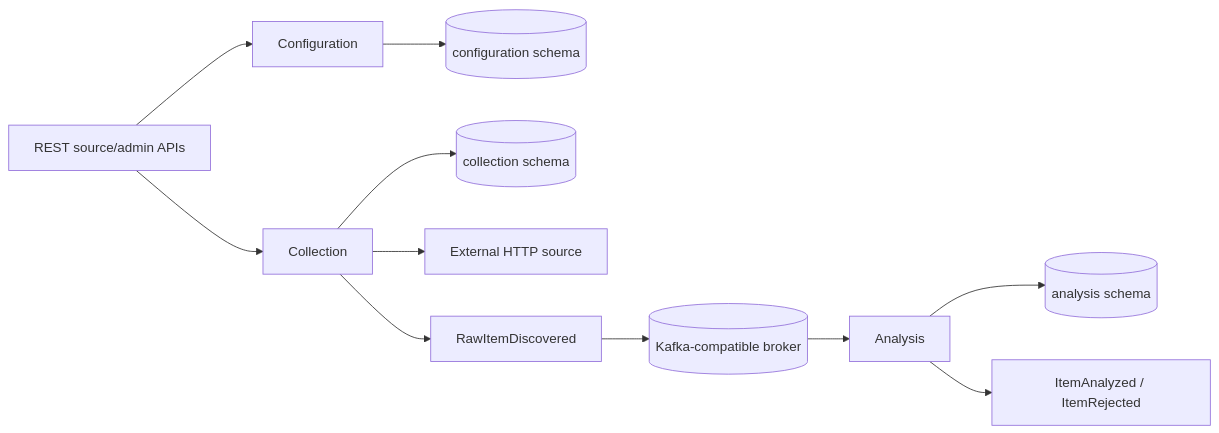
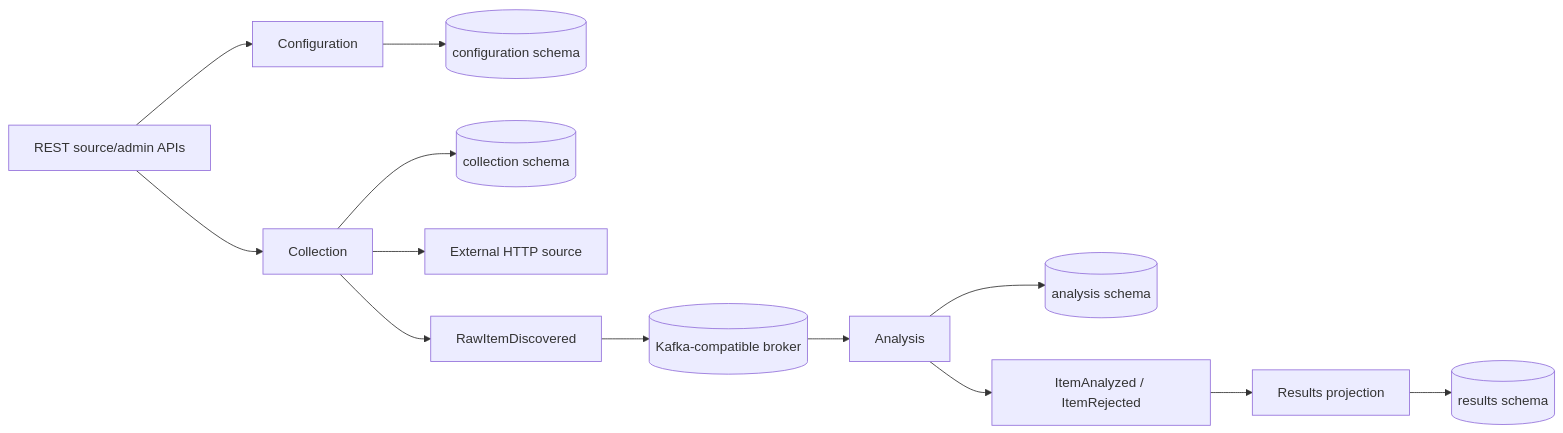
Before and after one commit to folk21/signalharvester: the diagram in docs/IMPLEMENTATION.md, drawn with Mermaid. The commit also changed other lines of this file and 34 other files, not shown here.

````diff
--- a/docs/IMPLEMENTATION.md
+++ b/docs/IMPLEMENTATION.md
@@ -30,13 +30,15 @@
 ```mermaid
 flowchart LR
     API[REST source/admin APIs] --> CFG[Configuration]
     CFG --> DB1[(configuration schema)]
     API --> COL[Collection]
     COL --> DB2[(collection schema)]
     COL --> HTTP[External HTTP source]
     COL --> RAW[RawItemDiscovered]
     RAW --> K[(Kafka-compatible broker)]
     K --> ANA[Analysis]
     ANA --> DB3[(analysis schema)]
     ANA --> TERM[ItemAnalyzed / ItemRejected]
+    TERM --> RES[Results projection]
+    RES --> DB4[(results schema)]
 ```
````
